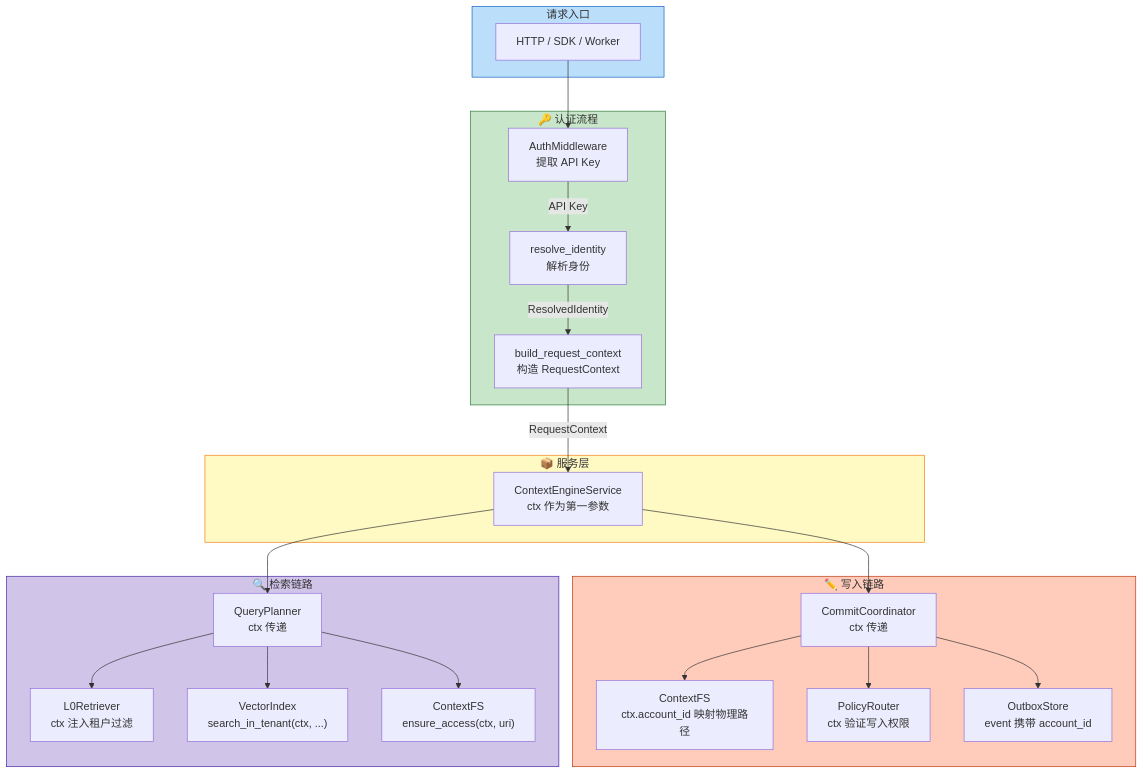
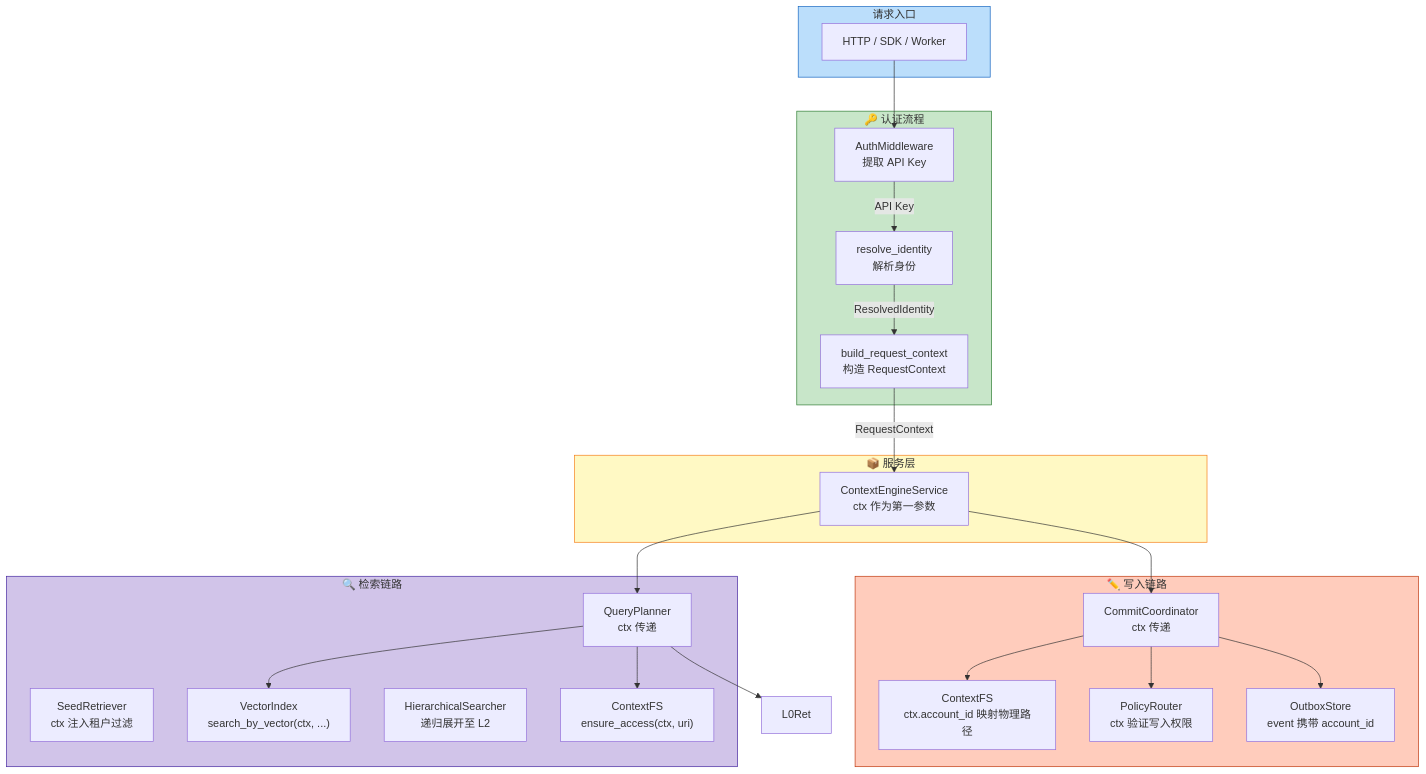
The second of 17 diagrams in docs/architecture/multi_tenant_design.md (LinQiang391/oGMemory), drawn with Mermaid before and after one commit. The commit also changed other lines of this file and 31 other files, not shown here.

````diff
--- a/docs/architecture/multi_tenant_design.md
+++ b/docs/architecture/multi_tenant_design.md
@@ -96,52 +96,53 @@
 ```mermaid
 flowchart TD
     subgraph Entry["请求入口"]
         Client["HTTP / SDK / Worker"]
     end
 
     subgraph AuthFlow["🔑 认证流程"]
         Middleware["AuthMiddleware<br/>提取 API Key"]
         Resolve["resolve_identity<br/>解析身份"]
         BuildCtx["build_request_context<br/>构造 RequestContext"]
     end
 
     subgraph Service["📦 服务层"]
         CES2["ContextEngineService<br/>ctx 作为第一参数"]
     end
 
     subgraph WriteFlow["✏️ 写入链路"]
         CommitCoord["CommitCoordinator<br/>ctx 传递"]
         ContextFS1["ContextFS<br/>ctx.account_id 映射物理路径"]
         PolicyRouter["PolicyRouter<br/>ctx 验证写入权限"]
         OutboxStore["OutboxStore<br/>event 携带 account_id"]
     end
 
     subgraph ReadFlow["🔍 检索链路"]
         QueryPlan["QueryPlanner<br/>ctx 传递"]
-        L0Ret["L0Retriever<br/>ctx 注入租户过滤"]
-        VectorIdx["VectorIndex<br/>search_in_tenant(ctx, ...)"]
+        SeedRet["SeedRetriever<br/>ctx 注入租户过滤"]
+        VectorIdx["VectorIndex<br/>search_by_vector(ctx, ...)"]
+        HierSearch["HierarchicalSearcher<br/>递归展开至 L2"]
         ContextFS2["ContextFS<br/>ensure_access(ctx, uri)"]
     end
 
     Client --> Middleware
     Middleware --> |"API Key"| Resolve
     Resolve --> |"ResolvedIdentity"| BuildCtx
     BuildCtx --> |"RequestContext"| CES2
     
     CES2 --> CommitCoord
     CES2 --> QueryPlan
     
     CommitCoord --> ContextFS1
     CommitCoord --> PolicyRouter
     CommitCoord --> OutboxStore
     
     QueryPlan --> L0Ret
     QueryPlan --> VectorIdx
     QueryPlan --> ContextFS2
 
     style Entry fill:#bbdefb,stroke:#1565c0
     style AuthFlow fill:#c8e6c9,stroke:#2e7d32
     style Service fill:#fff9c4,stroke:#f57f17
     style WriteFlow fill:#ffccbc,stroke:#bf360c
     style ReadFlow fill:#d1c4e9,stroke:#4527a0
 ```
````
